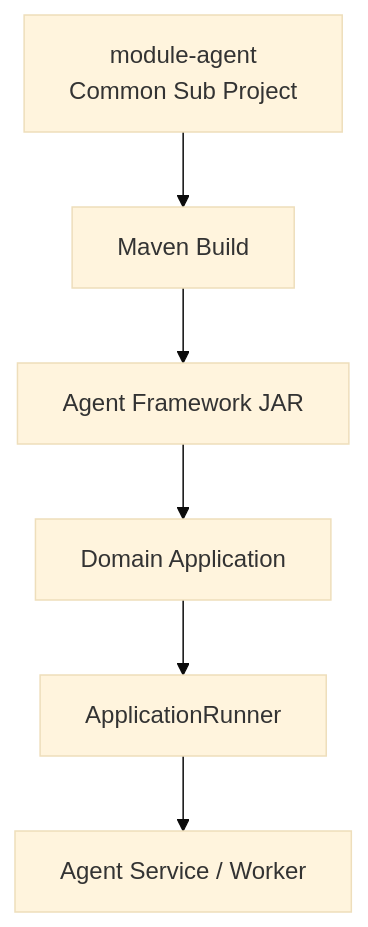
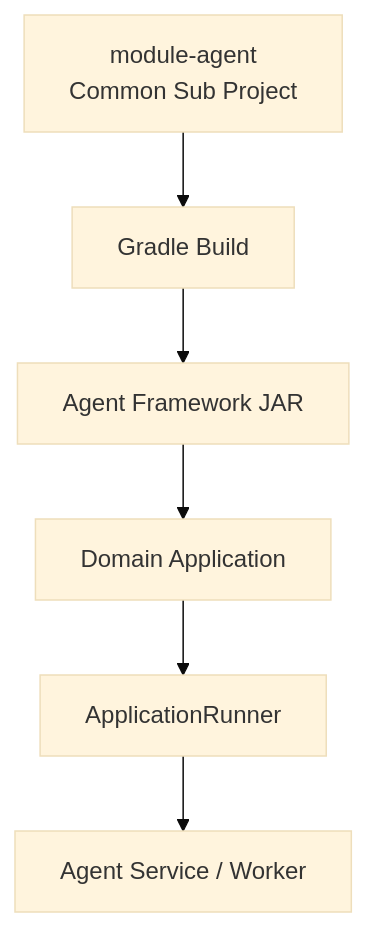
One commit to Team-Microserver/microserver-docs changed diagram 15 of 29 in docs/01_project_start/01_overview/architecture_direction.md. Above: the diagram before and after it, drawn with Mermaid (base theme). The commit also changed other lines of this file and 30 other files, not shown here.

````diff
--- a/docs/01_project_start/01_overview/architecture_direction.md
+++ b/docs/01_project_start/01_overview/architecture_direction.md
@@ -608,15 +654,15 @@
 ```mermaid
 flowchart TB
     AGENT_PROJECT["module-agent<br/>Common Sub Project"]
-    BUILD["Maven Build"]
+    BUILD["Gradle Build"]
     AGENT_JAR["Agent Framework JAR"]
     APPLICATION["Domain Application"]
     RUNNER["ApplicationRunner"]
     AGENT_SERVICE["Agent Service / Worker"]
 
     AGENT_PROJECT --> BUILD
     BUILD --> AGENT_JAR
     AGENT_JAR --> APPLICATION
     APPLICATION --> RUNNER
     RUNNER --> AGENT_SERVICE
 ```
````
